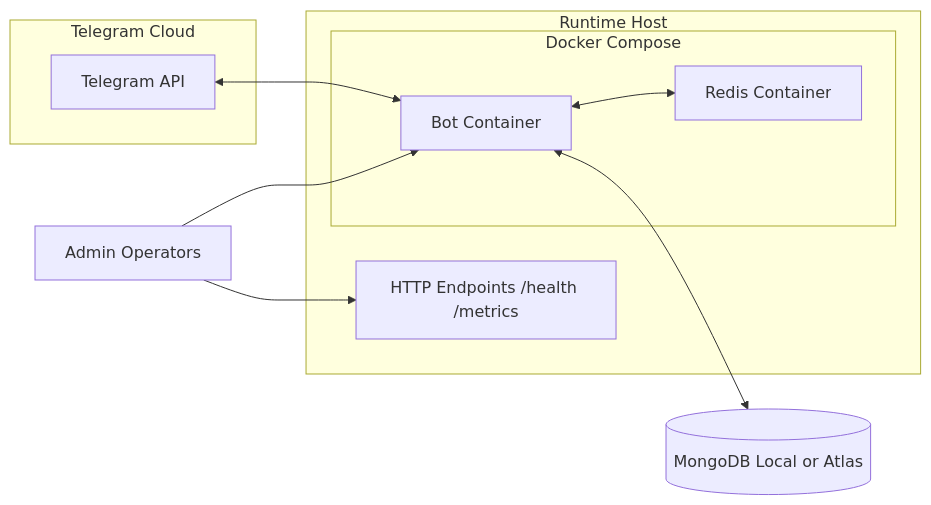
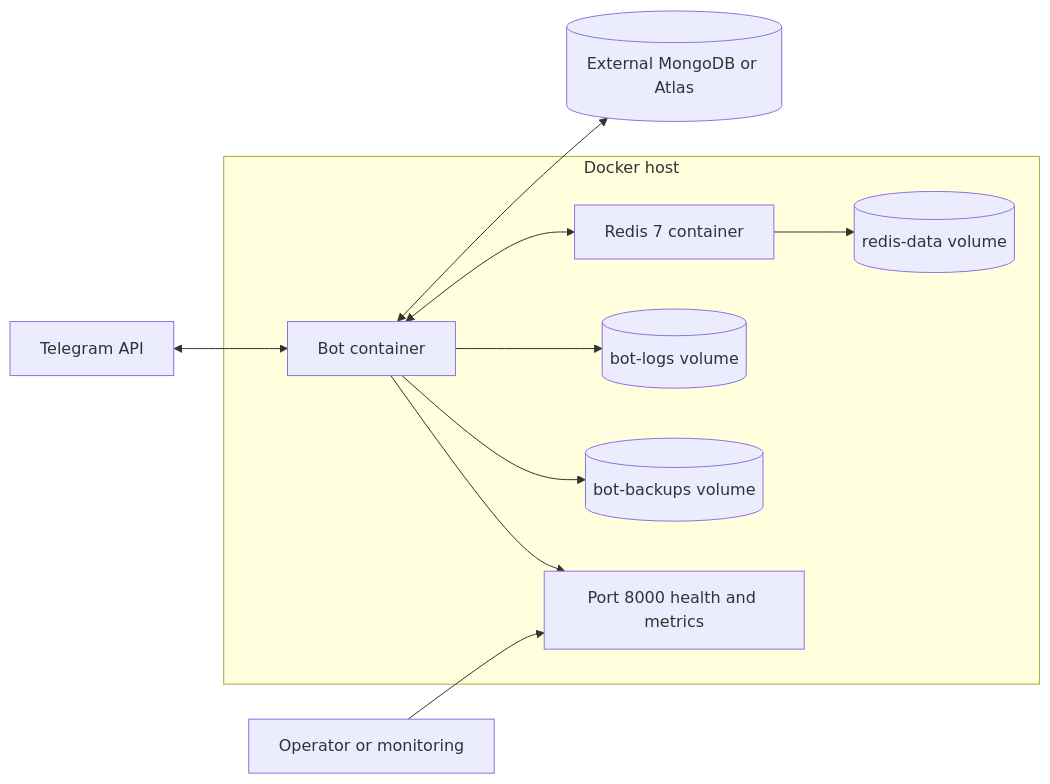
One commit to rumalg123/Advanced-File-Filter-Bot changed diagram 13 of 13 in docs/architecture/diagrams.md. Above: the diagram before and after it, drawn with Mermaid. The commit also changed other lines of this file and 63 other files, not shown here.

````diff
--- a/docs/architecture/diagrams.md
+++ b/docs/architecture/diagrams.md
@@ -278,25 +520,25 @@
 ```mermaid
-graph LR
-    subgraph TelegramCloud[Telegram Cloud]
-        TG[Telegram API]
+flowchart LR
+    Telegram[Telegram API]
+    Operator[Operator or monitoring]
+
+    subgraph Host[Docker host]
+        Bot[Bot container]
+        Redis[Redis 7 container]
+        HTTP[Port 8000 health and metrics]
+        Logs[(bot-logs volume)]
+        Data[(redis-data volume)]
+        Backups[(bot-backups volume)]
     end
 
-    subgraph Host[Runtime Host]
-        subgraph Compose[Docker Compose]
-            BOT[Bot Container]
-            REDIS[Redis Container]
-        end
+    Mongo[(External MongoDB or Atlas)]
 
-        H[HTTP Endpoints /health /metrics]
-    end
-
-    MONGO[(MongoDB Local or Atlas)]
-    ADMIN[Admin Operators]
-
-    TG <--> BOT
-    BOT <--> REDIS
-    BOT <--> MONGO
-
-    ADMIN --> BOT
-    ADMIN --> H
+    Telegram <--> Bot
+    Bot <--> Mongo
+    Bot <--> Redis
+    Redis --> Data
+    Bot --> Logs
+    Bot --> Backups
+    Bot --> HTTP
+    Operator --> HTTP
 ```
````
